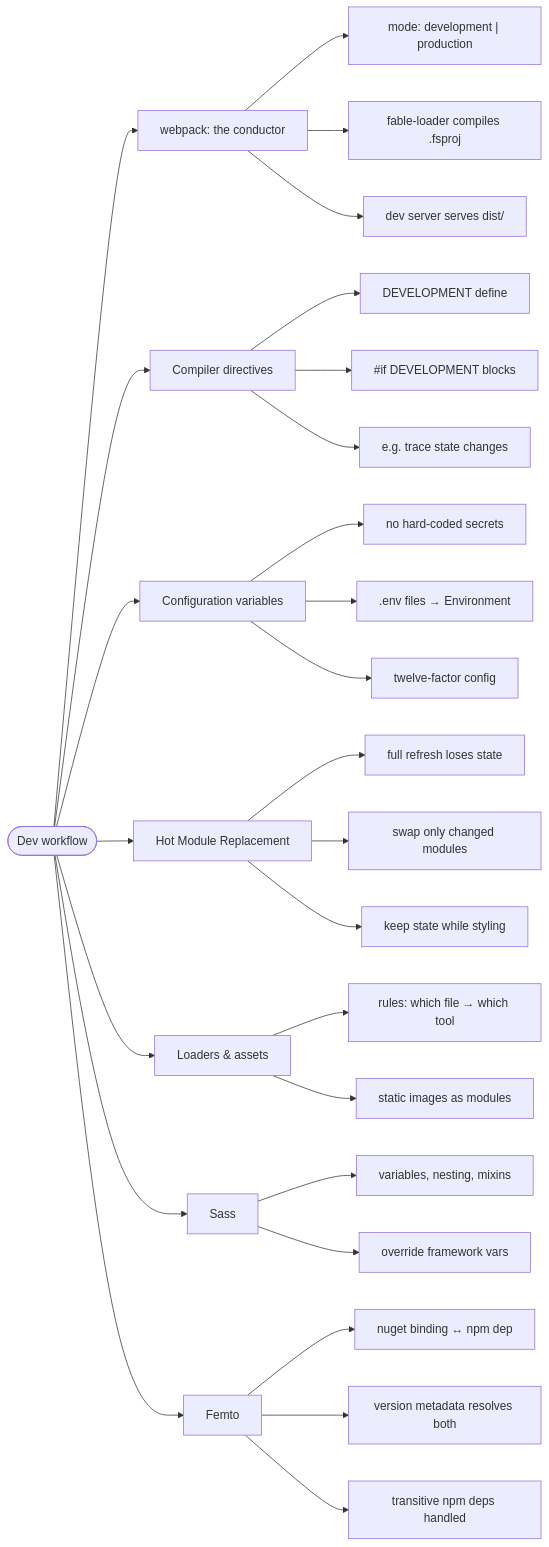
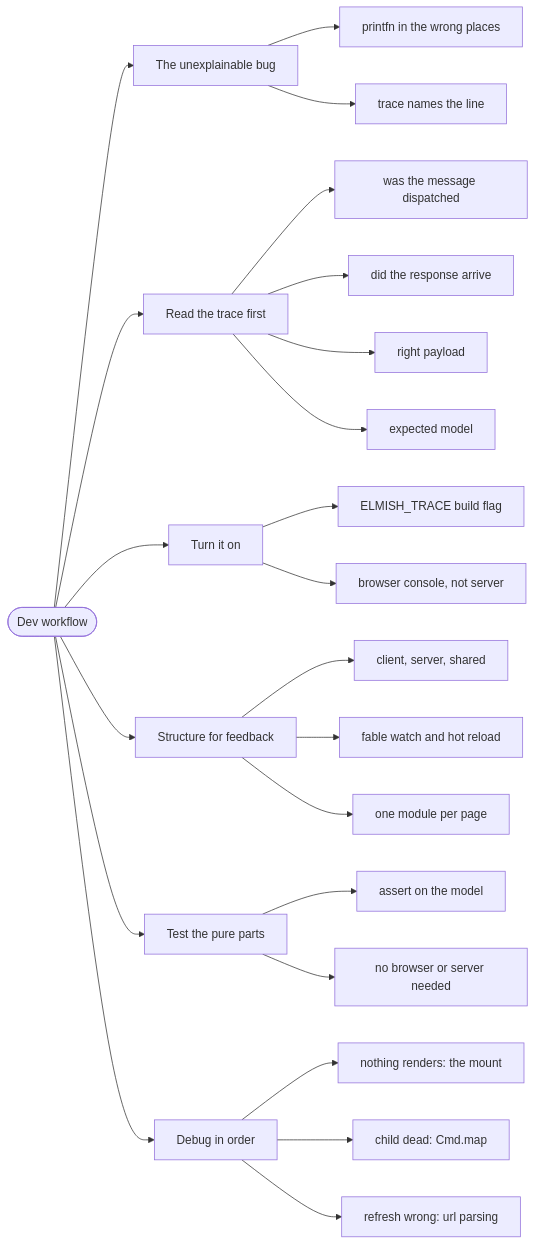
The diagram in docs/knowledge/dev-workflow/index.md (42WASD/42wasd-community-web), drawn with Mermaid before and after one commit. The commit also changed other lines of this file and 36 other files, not shown here.

````diff
--- a/docs/knowledge/dev-workflow/index.md
+++ b/docs/knowledge/dev-workflow/index.md
@@ -95,56 +120,48 @@
 ```mermaid
 flowchart LR
     n1(["Dev workflow"])
-    n2["webpack: the conductor"]
-    n3["mode: development | production"]
-    n4["fable-loader compiles .fsproj"]
-    n5["dev server serves dist/"]
-    n6["Compiler directives"]
-    n7["DEVELOPMENT define"]
-    n8["#if DEVELOPMENT blocks"]
-    n9["e.g. trace state changes"]
-    n10["Configuration variables"]
-    n11["no hard-coded secrets"]
-    n12[".env files → Environment"]
-    n13["twelve-factor config"]
-    n14["Hot Module Replacement"]
-    n15["full refresh loses state"]
-    n16["swap only changed modules"]
-    n17["keep state while styling"]
-    n18["Loaders &amp; assets"]
-    n19["rules: which file → which tool"]
-    n20["static images as modules"]
-    n21["Sass"]
-    n22["variables, nesting, mixins"]
-    n23["override framework vars"]
-    n24["Femto"]
-    n25["nuget binding ↔ npm dep"]
-    n26["version metadata resolves both"]
-    n27["transitive npm deps handled"]
+    n2["The unexplainable bug"]
+    n3["printfn in the wrong places"]
+    n4["trace names the line"]
+    n5["Read the trace first"]
+    n6["was the message dispatched"]
+    n7["did the response arrive"]
+    n8["right payload"]
+    n9["expected model"]
+    n10["Turn it on"]
+    n11["ELMISH_TRACE build flag"]
+    n12["browser console, not server"]
+    n13["Structure for feedback"]
+    n14["client, server, shared"]
+    n15["fable watch and hot reload"]
+    n16["one module per page"]
+    n17["Test the pure parts"]
+    n18["assert on the model"]
+    n19["no browser or server needed"]
+    n20["Debug in order"]
+    n21["nothing renders: the mount"]
+    n22["child dead: Cmd.map"]
+    n23["refresh wrong: url parsing"]
     n1 --> n2
     n2 --> n3
     n2 --> n4
-    n2 --> n5
-    n1 --> n6
-    n6 --> n7
-    n6 --> n8
-    n6 --> n9
+    n1 --> n5
+    n5 --> n6
+    n5 --> n7
+    n5 --> n8
+    n5 --> n9
     n1 --> n10
     n10 --> n11
     n10 --> n12
-    n10 --> n13
-    n1 --> n14
-    n14 --> n15
-    n14 --> n16
-    n14 --> n17
-    n1 --> n18
-    n18 --> n19
-    n18 --> n20
-    n1 --> n21
-    n21 --> n22
-    n21 --> n23
-    n1 --> n24
-    n24 --> n25
-    n24 --> n26
-    n24 --> n27
+    n1 --> n13
+    n13 --> n14
+    n13 --> n15
+    n13 --> n16
+    n1 --> n17
+    n17 --> n18
+    n17 --> n19
+    n1 --> n20
+    n20 --> n21
+    n20 --> n22
+    n20 --> n23
 ```
````
